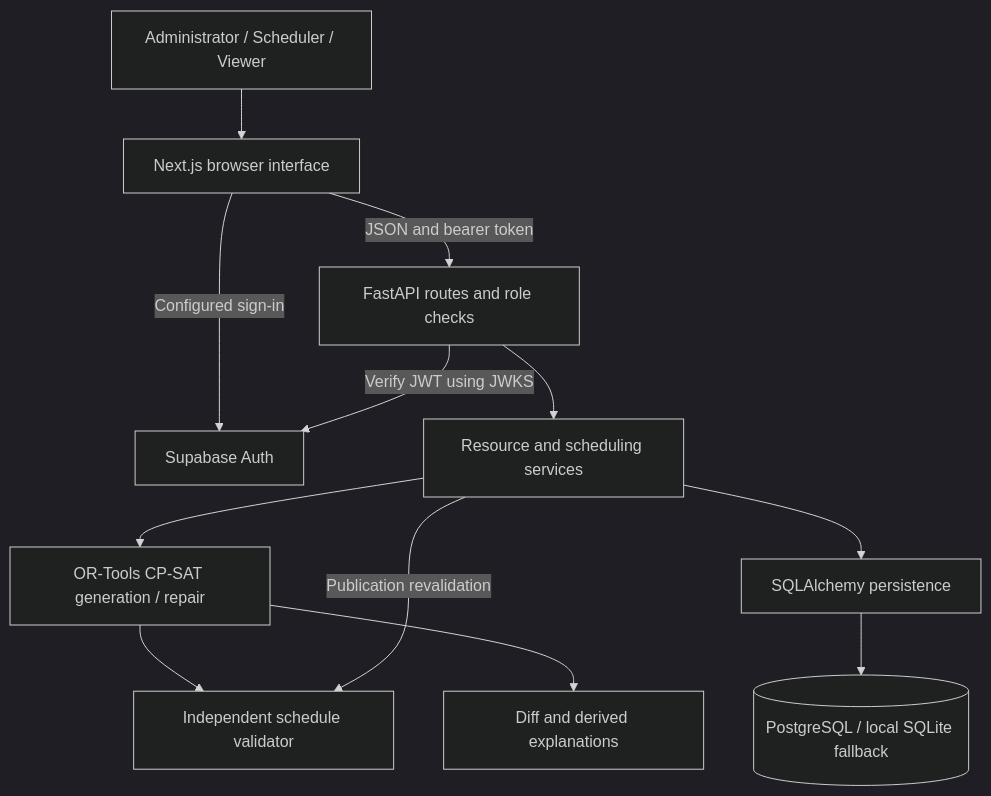
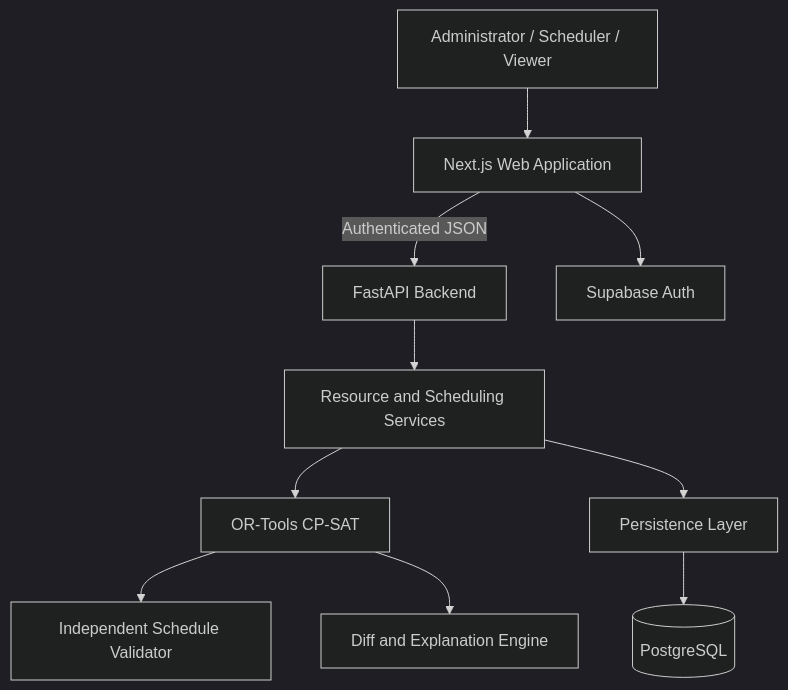
Before and after one commit to kauntiaakash2/ReSlot: the first of 2 diagrams in docs/ROUND1_SUBMISSION.md, drawn with Mermaid (dark theme). The commit also changed other lines of this file, not shown here.

````diff
--- a/docs/ROUND1_SUBMISSION.md
+++ b/docs/ROUND1_SUBMISSION.md
@@ -56,14 +50,12 @@
 ```mermaid
 flowchart TD
-    User[Administrator / Scheduler / Viewer] --> Web[Next.js browser interface]
-    Web -->|JSON and bearer token| API[FastAPI routes and role checks]
-    Web -->|Configured sign-in| Auth[Supabase Auth]
-    API -->|Verify JWT using JWKS| Auth
-    API --> Services[Resource and scheduling services]
-    Services --> Solver[OR-Tools CP-SAT generation / repair]
-    Solver --> Validator[Independent schedule validator]
-    Solver --> Diff[Diff and derived explanations]
-    Services -->|Publication revalidation| Validator
-    Services --> ORM[SQLAlchemy persistence]
-    ORM --> DB[(PostgreSQL / local SQLite fallback)]
+    User[Administrator / Scheduler / Viewer] --> Web[Next.js Web Application]
+    Web -->|Authenticated JSON| API[FastAPI Backend]
+    Web --> Auth[Supabase Auth]
+    API --> Services[Resource and Scheduling Services]
+    Services --> Solver[OR-Tools CP-SAT]
+    Solver --> Validator[Independent Schedule Validator]
+    Solver --> Diff[Diff and Explanation Engine]
+    Services --> ORM[Persistence Layer]
+    ORM --> DB[(PostgreSQL)]
 ```
````
